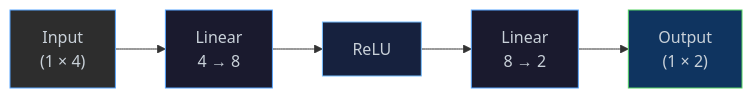
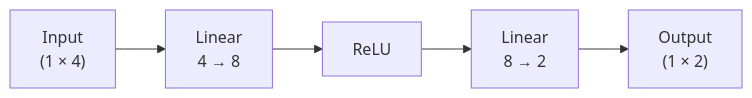
One commit to lewismj/eta changed the fourth of 5 diagrams in docs/guide/reference/torch.md. Above: the diagram before and after it, drawn with Mermaid. The commit also changed other lines of this file and 52 other files, not shown here.

````diff
--- a/docs/guide/reference/torch.md
+++ b/docs/guide/reference/torch.md
@@ -212,13 +193,7 @@
 ```mermaid
 flowchart LR
     IN["Input\n(1 × 4)"] --> L1["Linear\n4 → 8"]
     L1 --> R["ReLU"]
     R --> L2["Linear\n8 → 2"]
     L2 --> OUT["Output\n(1 × 2)"]
-
-    style IN  fill:#2d2d2d,stroke:#58a6ff,color:#c9d1d9
-    style L1  fill:#1a1a2e,stroke:#58a6ff,color:#c9d1d9
-    style R   fill:#16213e,stroke:#79c0ff,color:#c9d1d9
-    style L2  fill:#1a1a2e,stroke:#58a6ff,color:#c9d1d9
-    style OUT fill:#0f3460,stroke:#56d364,color:#c9d1d9
 ```
````
